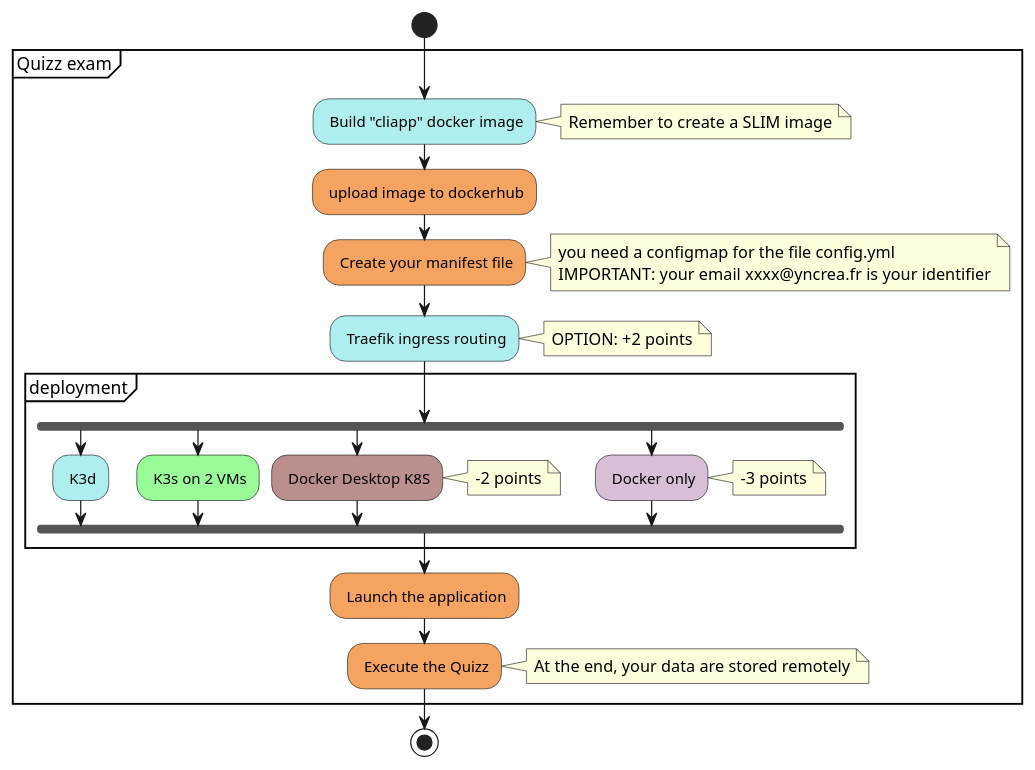
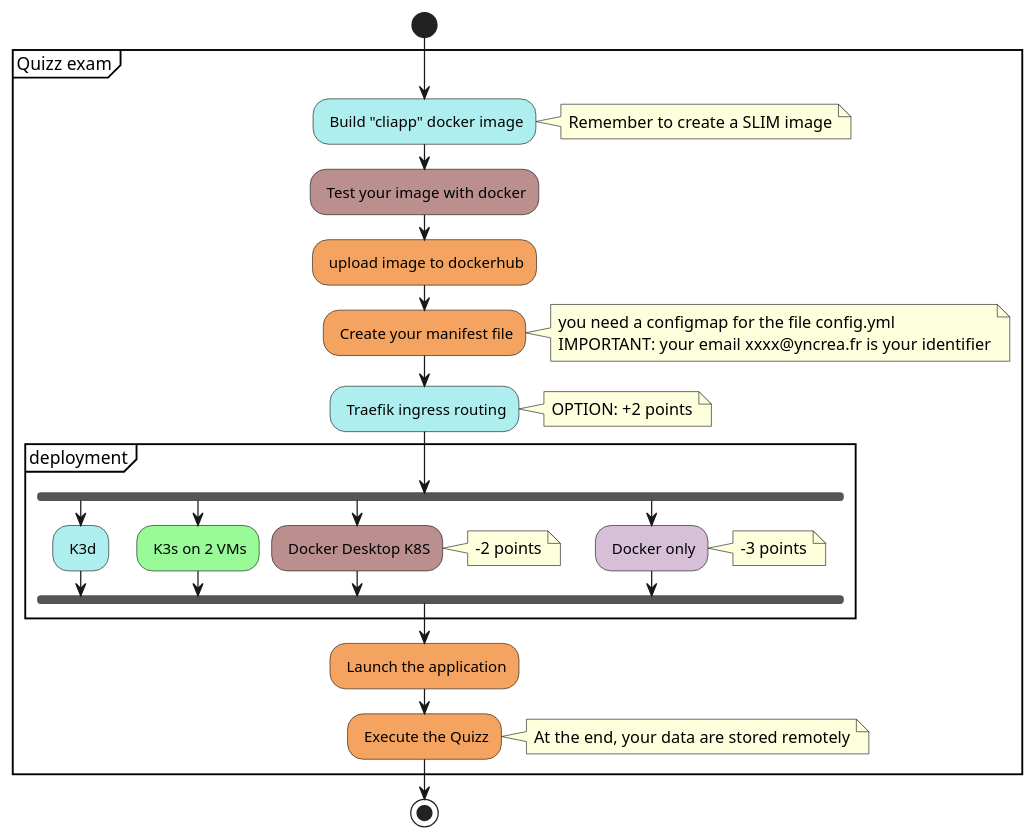
Before and after one commit to omerlin/yncrea-virtualization: the diagram in docs/files/kubernetes/quizzExamDiagAct.puml, drawn with PlantUML. The commit also changed 1 other file, not shown here.

```diff
--- a/docs/files/kubernetes/quizzExamDiagAct.puml
+++ b/docs/files/kubernetes/quizzExamDiagAct.puml
@@ -1,42 +1,43 @@
 @startuml
 start
 partition "Quizz exam" {
 #PaleTurquoise: Build "cliapp" docker image;
 note right
 Remember to create a SLIM image
 end note
+#RosyBrown: Test your image with docker;
 #SandyBrown: upload image to dockerhub;
 #SandyBrown: Create your manifest file;
 note right
 you need a configmap for the file config.yml
 IMPORTANT: your email xxxx@yncrea.fr is your identifier
 end note
 #PaleTurquoise: Traefik ingress routing;
 note right
 OPTION: +2 points
 end note
 partition "deployment" {
 fork
 #PaleTurquoise: K3d;
 fork again
 #PaleGreen: K3s on 2 VMs;
 fork again
 #RosyBrown: Docker Desktop K8S;
 note right
 -2 points
 end note
 fork again
 #Thistle: Docker only; 
 note right
 -3 points
 end note
 end fork
 }
 #SandyBrown: Launch the application;
 #SandyBrown: Execute the Quizz;
 note right
 At the end, your data are stored remotely
 end note
 }
 stop
 @enduml
```
